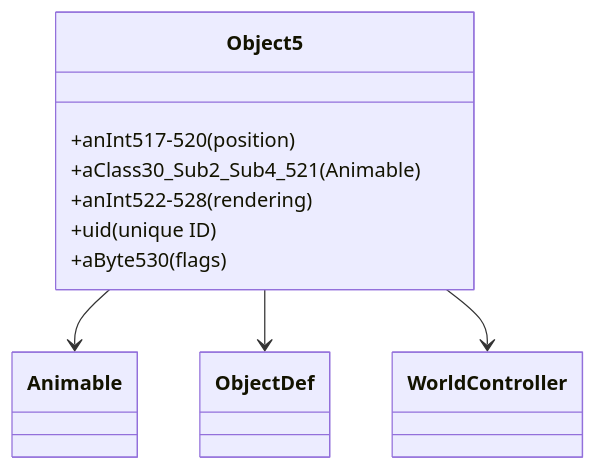
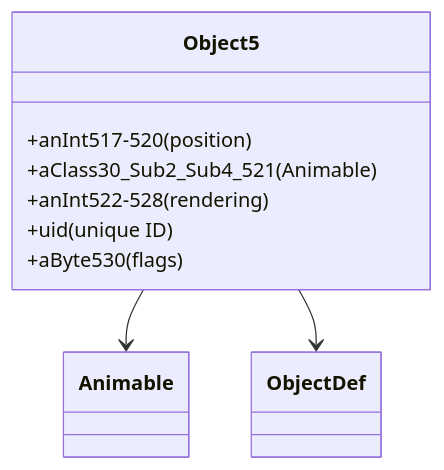
Before and after one commit to daxxog/solmud: the second of 2 diagrams in bytecode/mapping/evidence/verified/Object5_OPNPFUJE.md, drawn with Mermaid. The commit also changed other lines of this file and 19 other files, not shown here.

````diff
--- a/bytecode/mapping/evidence/verified/Object5_OPNPFUJE.md
+++ b/bytecode/mapping/evidence/verified/Object5_OPNPFUJE.md
@@ -162,11 +158,10 @@
 ```mermaid
 classDiagram
     Object5 --> Animable
     Object5 --> ObjectDef
-    Object5 --> WorldController
     Object5 : +anInt517-520 (position)
     Object5 : +aClass30_Sub2_Sub4_521 (Animable)
     Object5 : +anInt522-528 (rendering)
     Object5 : +uid (unique ID)
     Object5 : +aByte530 (flags)
 ```
````
